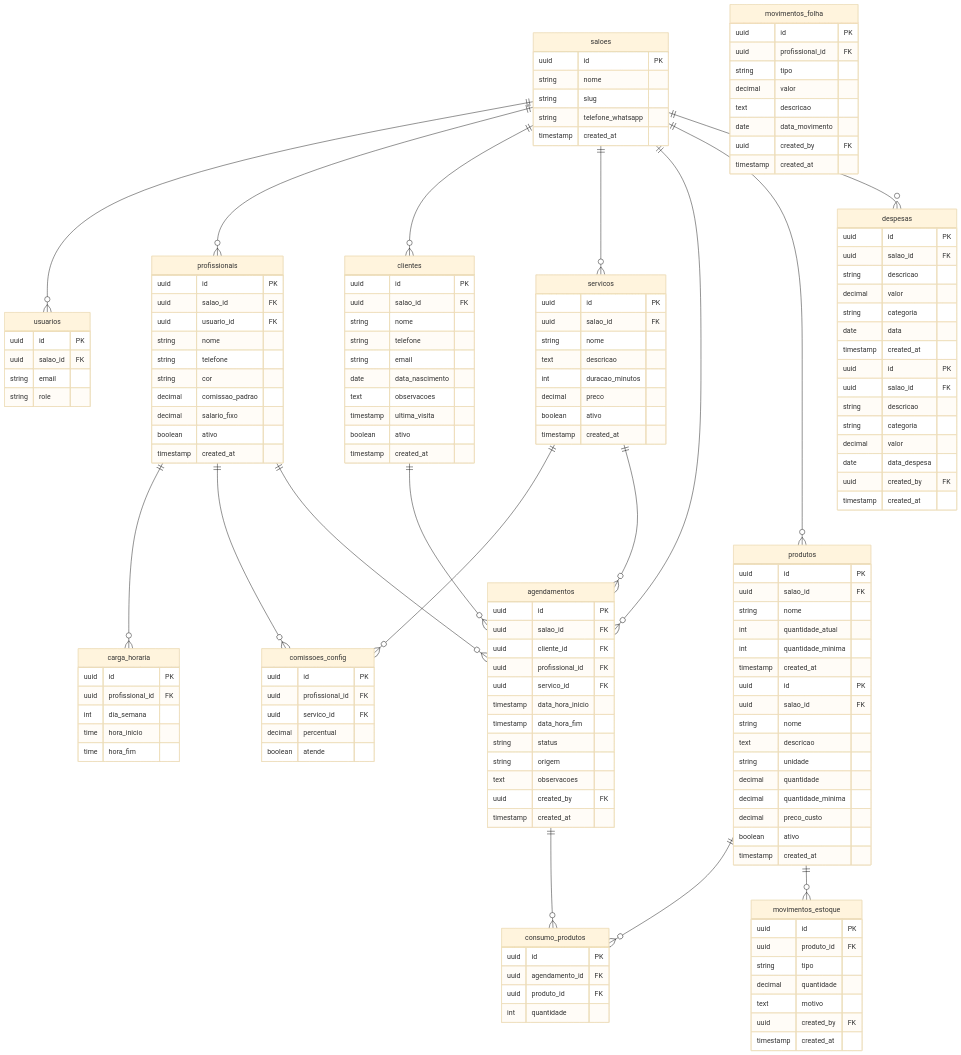
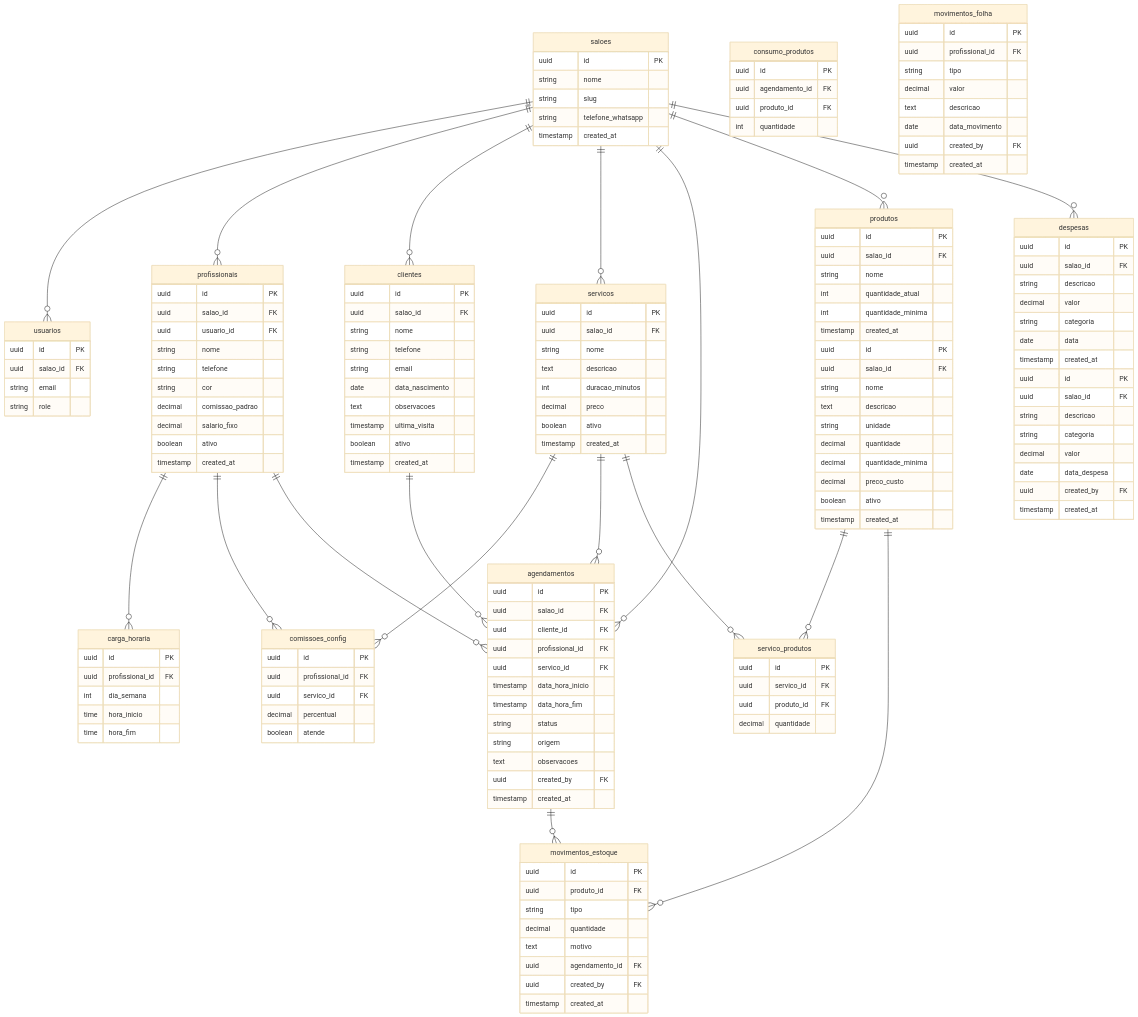
One commit to DiegoNexa/Nexa changed the seventh of 7 diagrams in DIAGRAM.md. Above: the diagram before and after it, drawn with Mermaid (base theme). The commit also changed 6 other files, not shown here.

````diff
--- a/DIAGRAM.md
+++ b/DIAGRAM.md
@@ -311,8 +311,16 @@
         string tipo
         decimal quantidade
         text motivo
+        uuid agendamento_id FK
         uuid created_by FK
         timestamp created_at
+    }
+
+    servico_produtos {
+        uuid id PK
+        uuid servico_id FK
+        uuid produto_id FK
+        decimal quantidade
     }
 
     despesas {
@@ -339,7 +347,8 @@
     clientes ||--o{ agendamentos : ""
     servicos ||--o{ comissoes_config : ""
     servicos ||--o{ agendamentos : ""
-    agendamentos ||--o{ consumo_produtos : ""
-    produtos ||--o{ consumo_produtos : ""
+    servicos ||--o{ servico_produtos : ""
+    produtos ||--o{ servico_produtos : ""
     produtos ||--o{ movimentos_estoque : ""
+    agendamentos ||--o{ movimentos_estoque : ""
 ```
````
